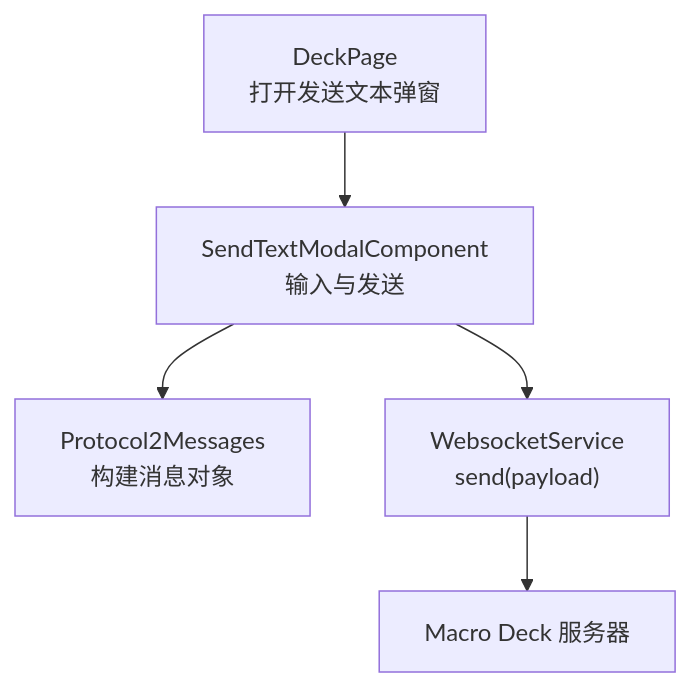
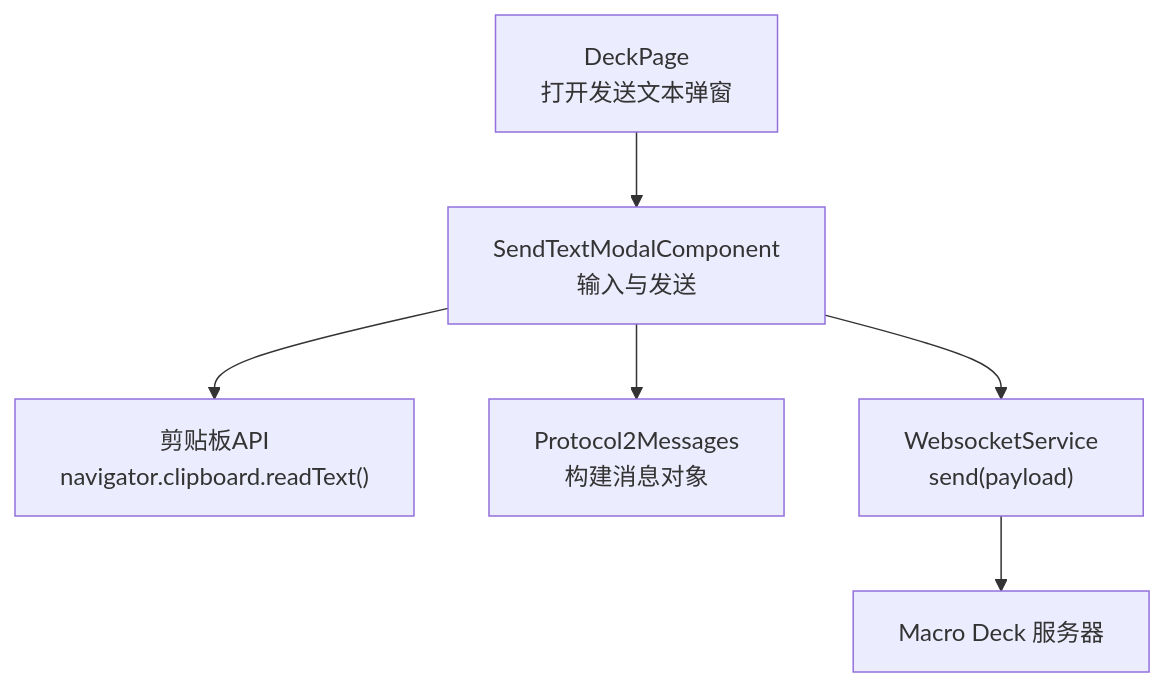
Before and after one commit to tea4go/Macro-Deck-Client-App: the first of 4 diagrams in .qoder/repowiki/zh/content/核心功能模块/文本发送功能.md, drawn with Mermaid. The commit also changed other lines of this file and 39 other files, not shown here.

````diff
--- a/.qoder/repowiki/zh/content/核心功能模块/文本发送功能.md
+++ b/.qoder/repowiki/zh/content/核心功能模块/文本发送功能.md
@@ -36,7 +45,8 @@
 ```mermaid
 graph TB
 DeckPage["DeckPage<br/>打开发送文本弹窗"] --> Modal["SendTextModalComponent<br/>输入与发送"]
+Modal --> Clipboard["剪贴板API<br/>navigator.clipboard.readText()"]
 Modal --> ProtocolMsg["Protocol2Messages<br/>构建消息对象"]
 Modal --> WS["WebsocketService<br/>send(payload)"]
 WS --> Server["Macro Deck 服务器"]
 ```
````
